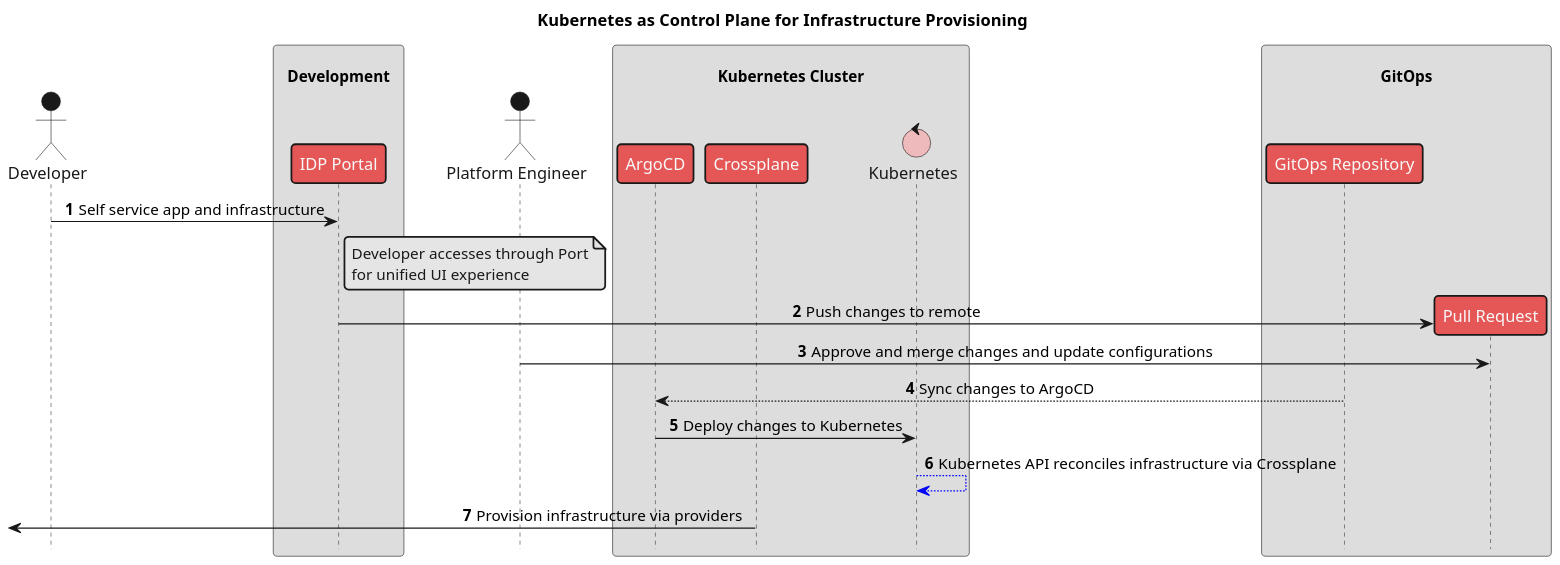
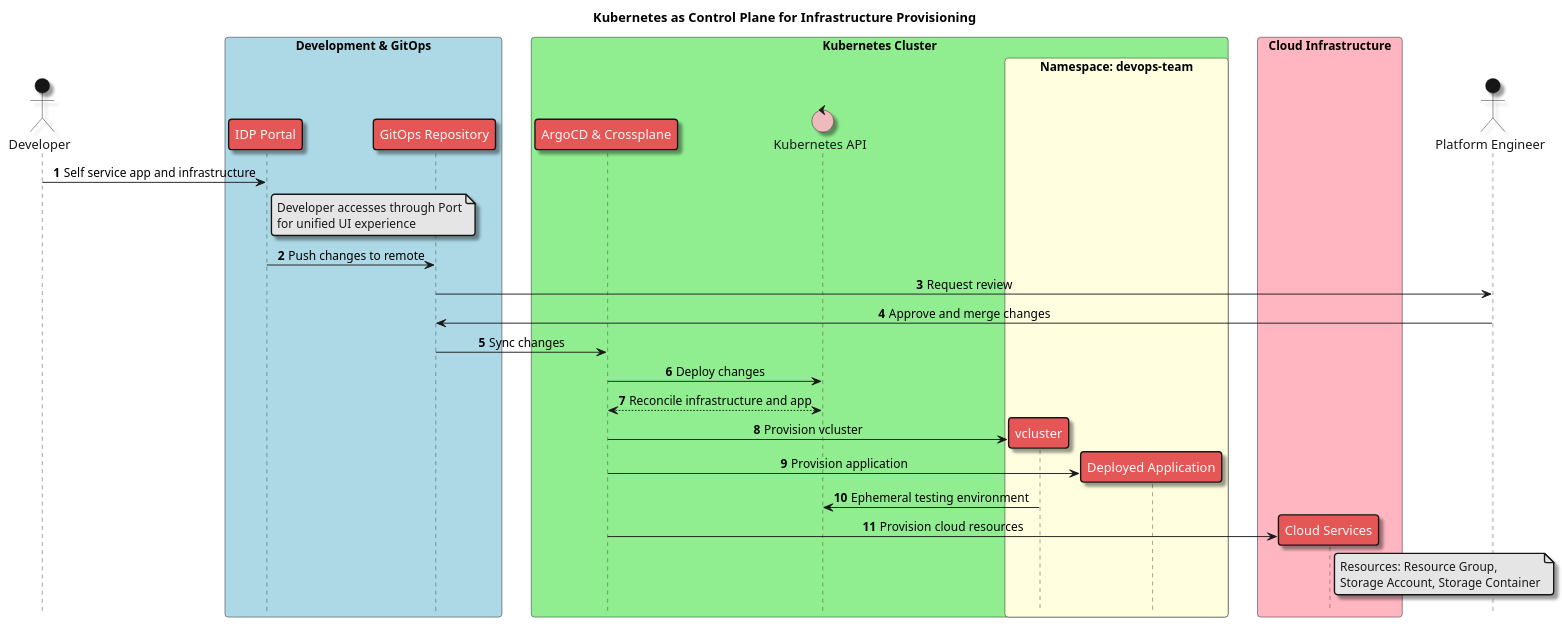
The diagram in diagrams/control-plane-sequence.puml (Piotr1215/cloudrumble), drawn with PlantUML before and after one commit. The commit also changed 1 other file, not shown here.

Commit message:
diagram: simplified kubernetes platform sequence

```diff
--- a/diagrams/control-plane-sequence.puml
+++ b/diagrams/control-plane-sequence.puml
@@ -1,40 +1,46 @@
-@startuml control-plane-sequence
+@startuml
 !pragma teoz true
 !theme mars
 hide footbox
 autonumber
-
 scale 1920x1080
 skinparam defaultTextAlignment center
 skinparam NoteTextAlignment left
-skinparam shadowing false
+skinparam shadowing true
 skinparam backgroundColor transparent
 skinparam BoxPadding 10
-
 title Kubernetes as Control Plane for Infrastructure Provisioning
 
-actor Developer as dev
-box "\nDevelopment" 
-  participant "IDP Portal" as port
-  dev -> port : Self service app and infrastructure
-  note right of port : Developer accesses through Port\nfor unified UI experience
+actor "Developer" as dev
+box "Development & GitOps" #LightBlue
+    participant "IDP Portal" as port
+    participant "GitOps Repository" as git
 end box
+box "Kubernetes Cluster" #LightGreen
+    participant "ArgoCD & Crossplane" as argocp
+    control "Kubernetes API" as K8sAPI
+    box "Namespace: devops-team" #LightYellow
+        participant "vcluster" as vcluster
+        participant "Deployed Application" as app
+    end box
+end box
+box "Cloud Infrastructure" #LightPink
+    participant "Cloud Services" as cloud
+end box
+actor "Platform Engineer" as pe
 
-actor "Platform Engineer" as pe
-box "\nKubernetes Cluster" 
-    participant "ArgoCD" as argo
-    participant "Crossplane" as crossplane
-    control "Kubernetes" as K8sAPI
-end box
-
-box "\nGitOps" 
-participant "GitOps Repository" as git
-      port -> "Pull Request" ** : Push changes to remote
-      "Pull Request" <- pe : Approve and merge changes and update configurations
-      git --> argo : Sync changes to ArgoCD
-      argo -> K8sAPI : Deploy changes to Kubernetes
-      K8sAPI -[#blue]-> K8sAPI : Kubernetes API reconciles infrastructure via Crossplane
-      [<- crossplane : Provision infrastructure via providers
-end box
+dev -> port : Self service app and infrastructure
+note right of port : Developer accesses through Port\nfor unified UI experience
+port -> git : Push changes to remote
+git -> pe : Request review
+pe -> git : Approve and merge changes
+git -> argocp : Sync changes
+argocp -> K8sAPI : Deploy changes
+K8sAPI <--> argocp : Reconcile infrastructure and app
+argocp -> vcluster ** : Provision vcluster
+argocp -> app ** : Provision application
+vcluster -> K8sAPI : Ephemeral testing environment
+argocp -> cloud ** : Provision cloud resources
+note right of cloud : Resources: Resource Group,\nStorage Account, Storage Container
 
 @enduml
```
